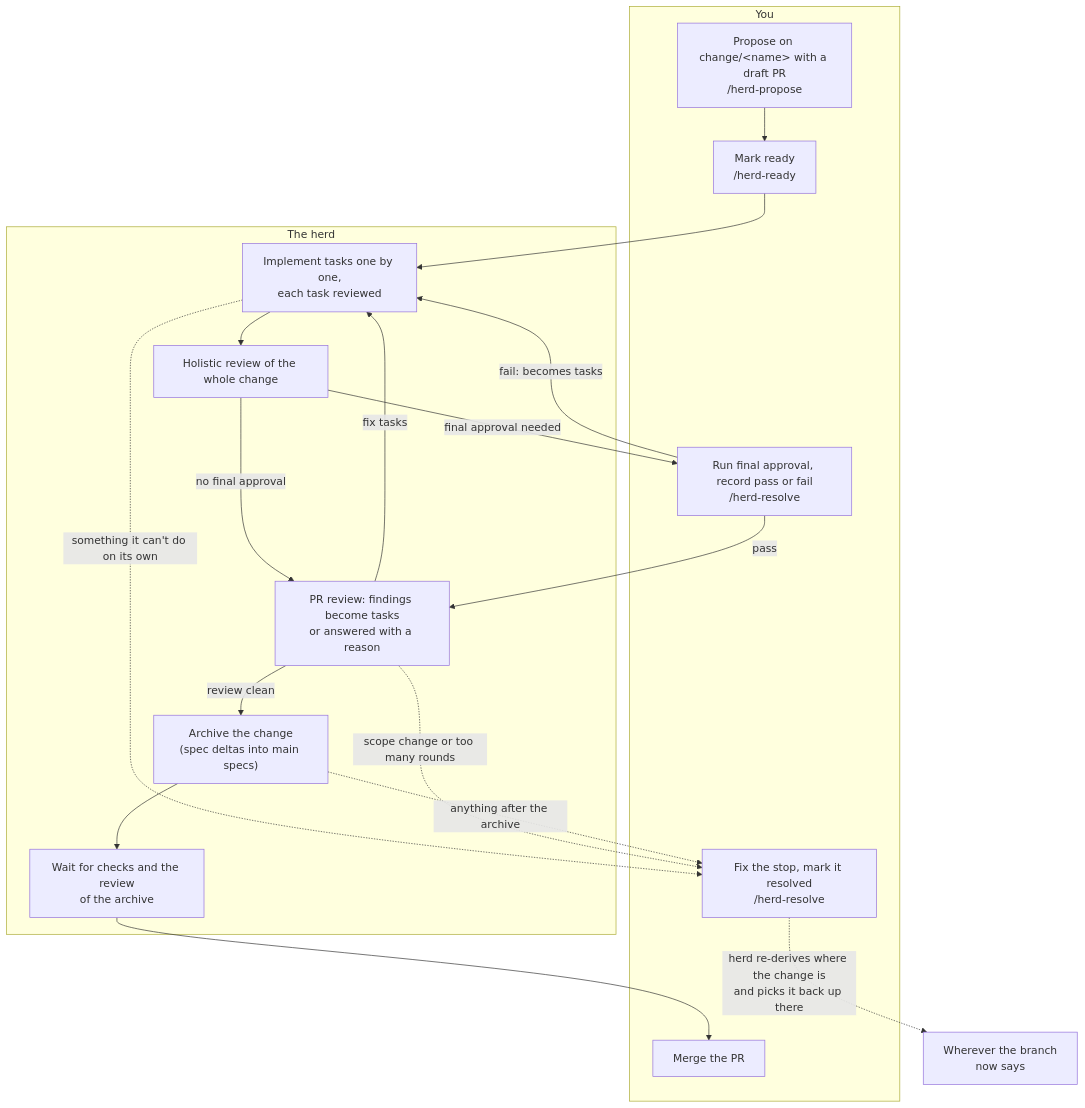
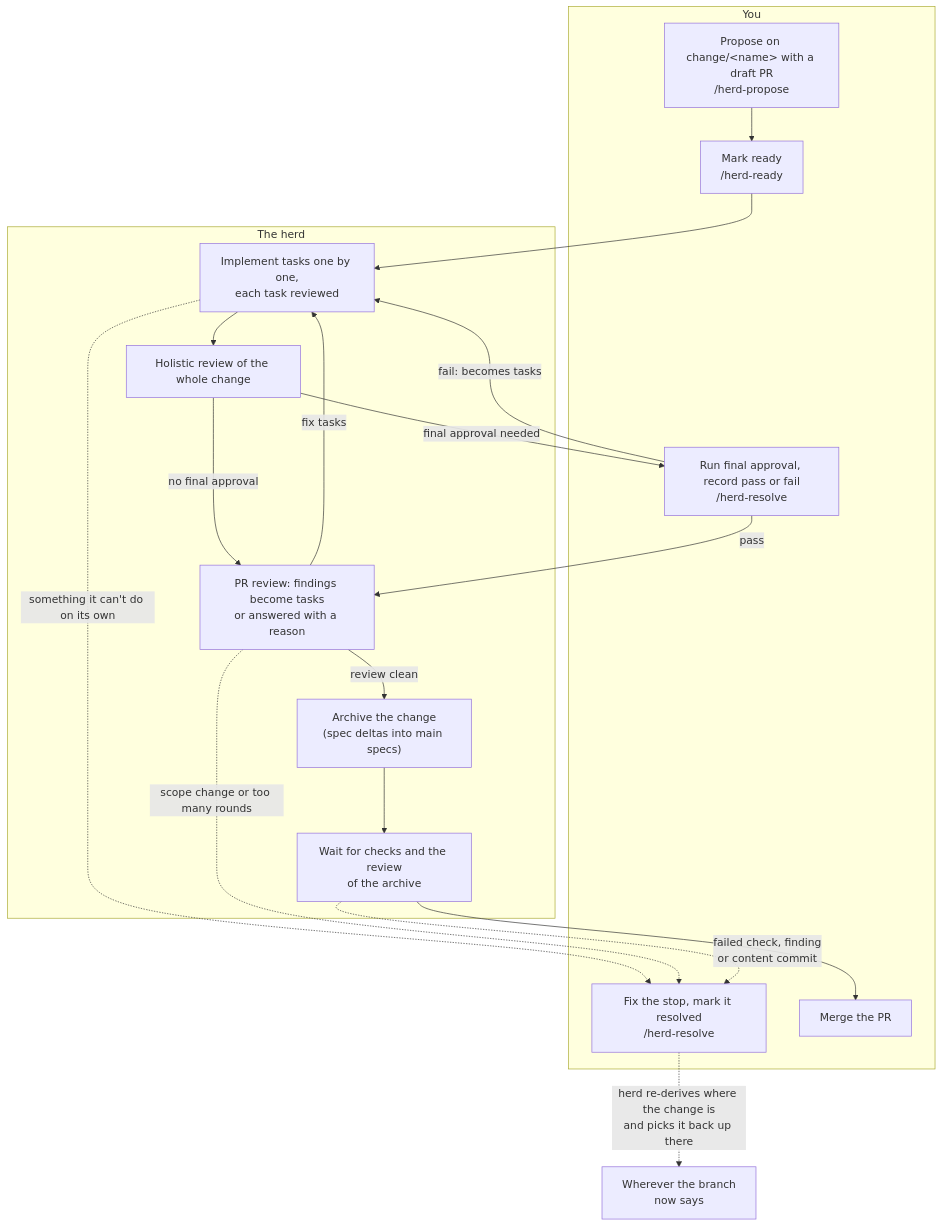
One commit to mliikanen/herd changed the diagram in docs/using-the-herd.md. Above: the diagram before and after it, drawn with Mermaid. The commit also changed 1 other file, not shown here.

Commit message:
Docs: diagram fixes from the second review
- The implementing composite has an initial transition into the task loop.
- ready-to-merge also needs the branch up to date.
- In the lifecycle flowchart, only a failed check, a finding or a content
  commit escalates from the post-archive wait.

````diff
--- a/docs/using-the-herd.md
+++ b/docs/using-the-herd.md
@@ -23,28 +23,28 @@
 ```mermaid
 flowchart TD
     subgraph you["You"]
         P["Propose on change/&lt;name&gt; with a draft PR<br/>/herd-propose"]
         R["Mark ready<br/>/herd-ready"]
         FA["Run final approval, record pass or fail<br/>/herd-resolve"]
         NH["Fix the stop, mark it resolved<br/>/herd-resolve"]
         M["Merge the PR"]
     end
     subgraph herd["The herd"]
         I["Implement tasks one by one,<br/>each task reviewed"]
         H["Holistic review of the whole change"]
         RV["PR review: findings become tasks<br/>or answered with a reason"]
         A["Archive the change<br/>(spec deltas into main specs)"]
         AP["Wait for checks and the review<br/>of the archive"]
     end
     P --> R --> I --> H
     H -- "final approval needed" --> FA
     H -- "no final approval" --> RV
     FA -- "pass" --> RV
     FA -- "fail: becomes tasks" --> I
     RV -- "fix tasks" --> I
     RV -- "review clean" --> A --> AP --> M
     I -. "something it can't do on its own" .-> NH
     RV -. "scope change or too many rounds" .-> NH
-    A -. "anything after the archive" .-> NH
+    AP -. "failed check, finding<br/>or content commit" .-> NH
     NH -. "herd re-derives where the change is<br/>and picks it back up there" .-> RD["Wherever the branch<br/>now says"]
 ```
````
